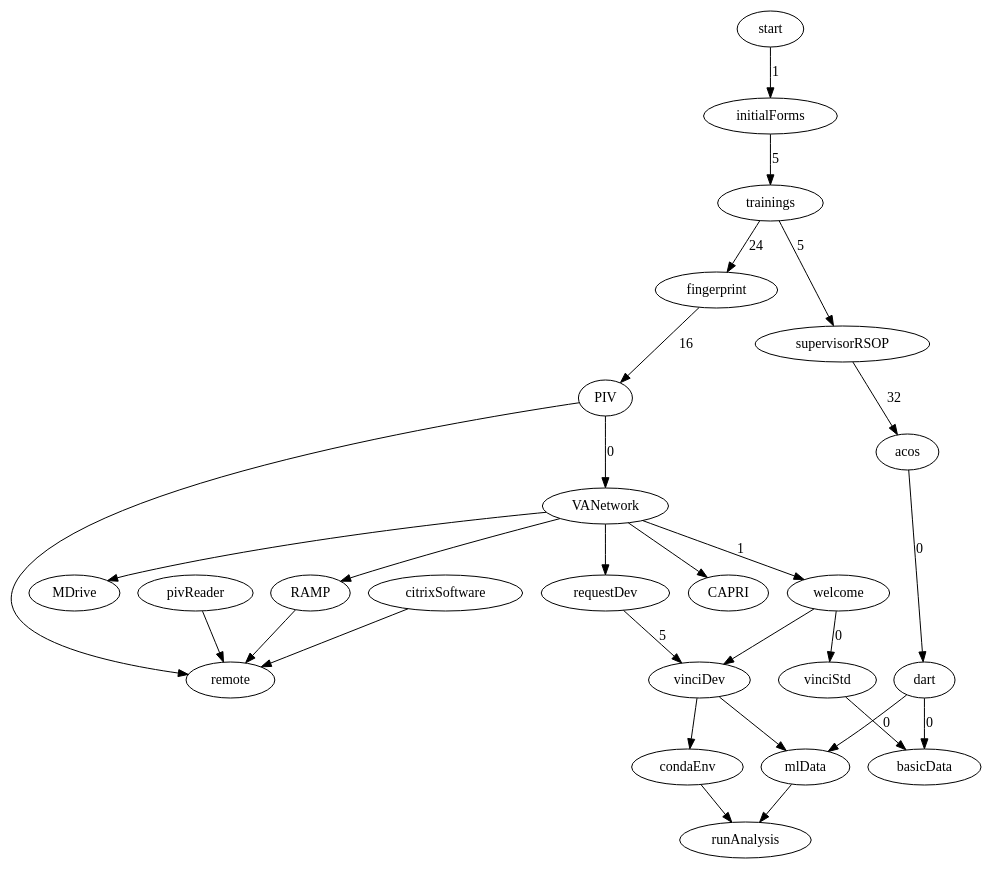
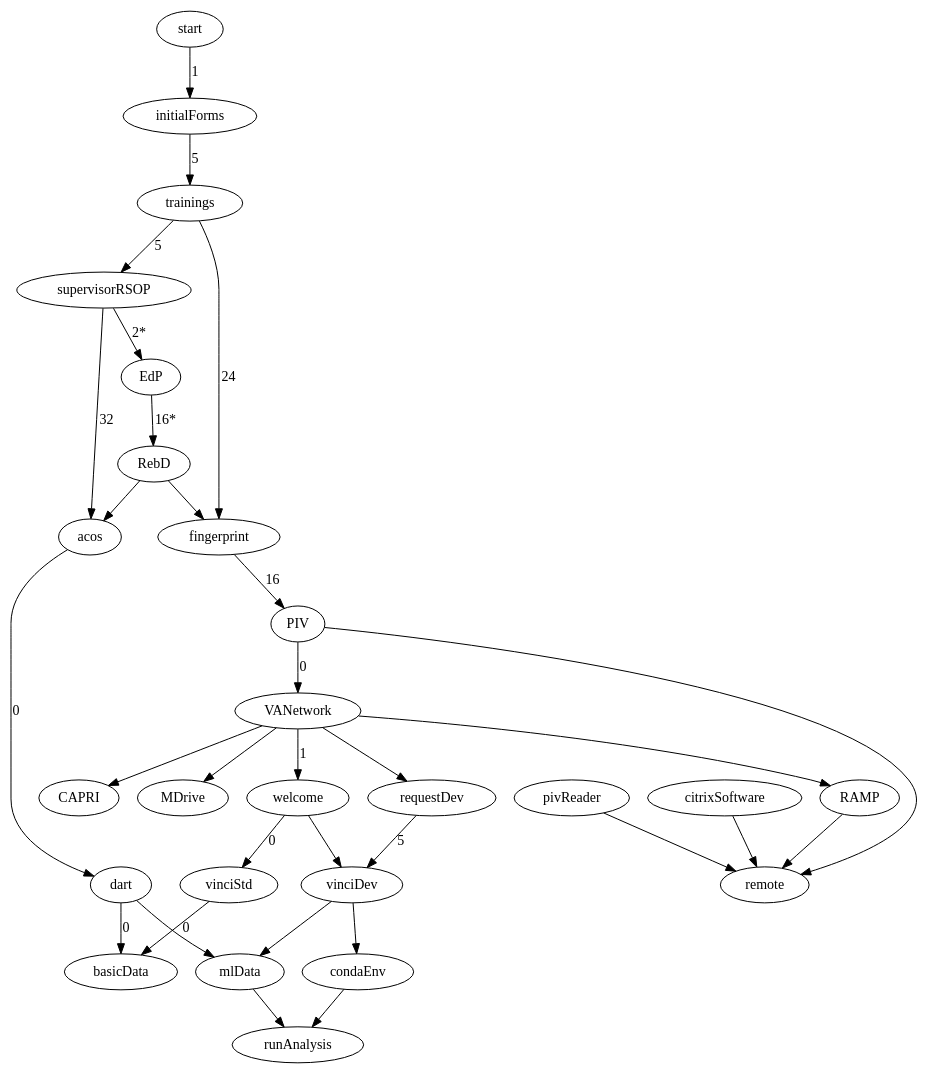
The diagram in AndyZimolzak/pert.dot (zimolzak/ml-detect-diagnostic-safety), drawn with Graphviz before and after one commit.

Commit message:
PERT Nodes for internal details I found out about.

```diff
--- a/AndyZimolzak/pert.dot
+++ b/AndyZimolzak/pert.dot
@@ -1,36 +1,42 @@
 digraph {
 
 welcome -> vinciStd [label = 0]
 welcome -> vinciDev
 vinciStd -> basicData [label = 0]
 requestDev -> vinciDev [label = 5] // Not sure??
 vinciDev -> mlData
 dart -> mlData
 dart -> basicData [label = 0]
 
 mlData -> runAnalysis
 condaEnv -> runAnalysis
 
 pivReader -> remote
 RAMP -> remote
 citrixSoftware -> remote
 
 PIV -> VANetwork [label = 0]
 PIV -> remote
 
 VANetwork -> RAMP
 VANetwork -> CAPRI
 VANetwork -> MDrive
 VANetwork -> welcome [label = 1]
 
 acos -> dart [label = 0]
 supervisorRSOP -> acos [label = 32]
+
+supervisorRSOP -> EdP [label = "2*"]  // note second woc not 1st
+EdP -> RebD [label = "16*"]  // note second woc not 1st
+RebD -> fingerprint
+RebD -> acos
+
 start -> initialForms [label = 1]
 initialForms -> trainings [label = 5]
 trainings -> fingerprint [label = 24]
 fingerprint -> PIV [label = 16]
 trainings -> supervisorRSOP [label = 5]
 VANetwork -> requestDev
 vinciDev -> condaEnv
 
 }
```
